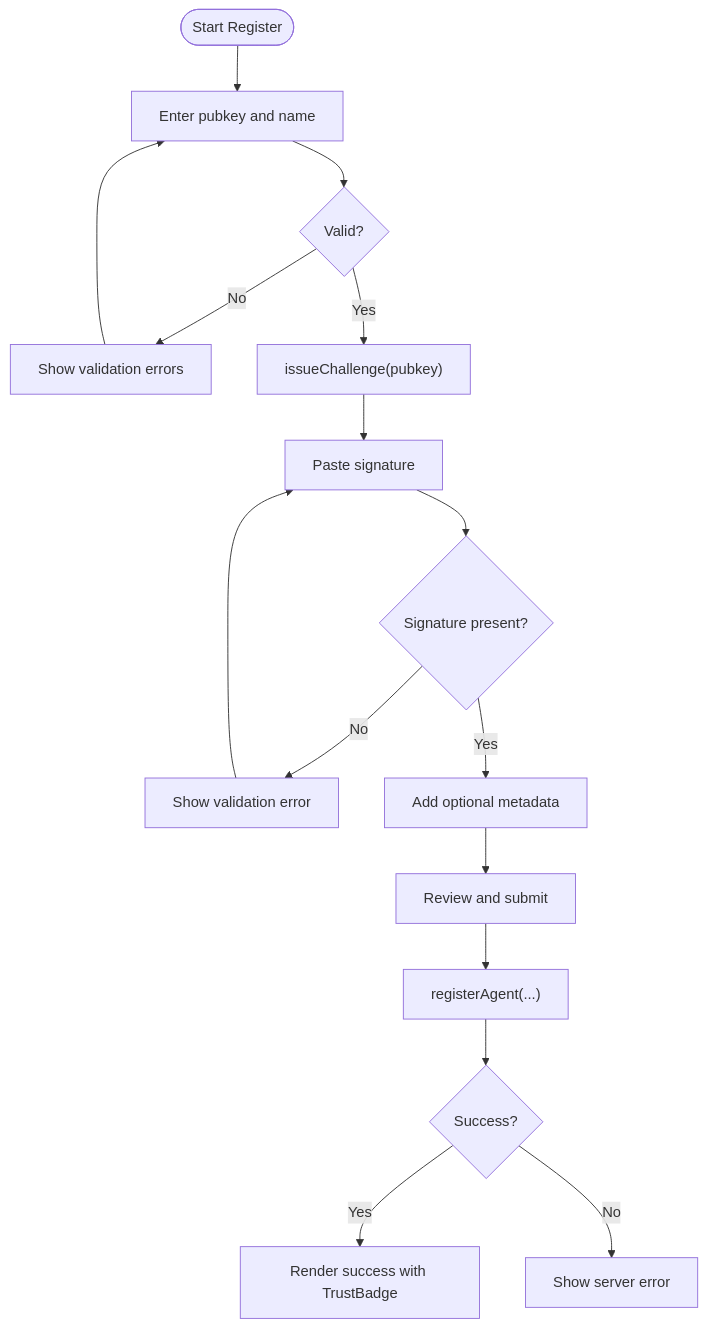
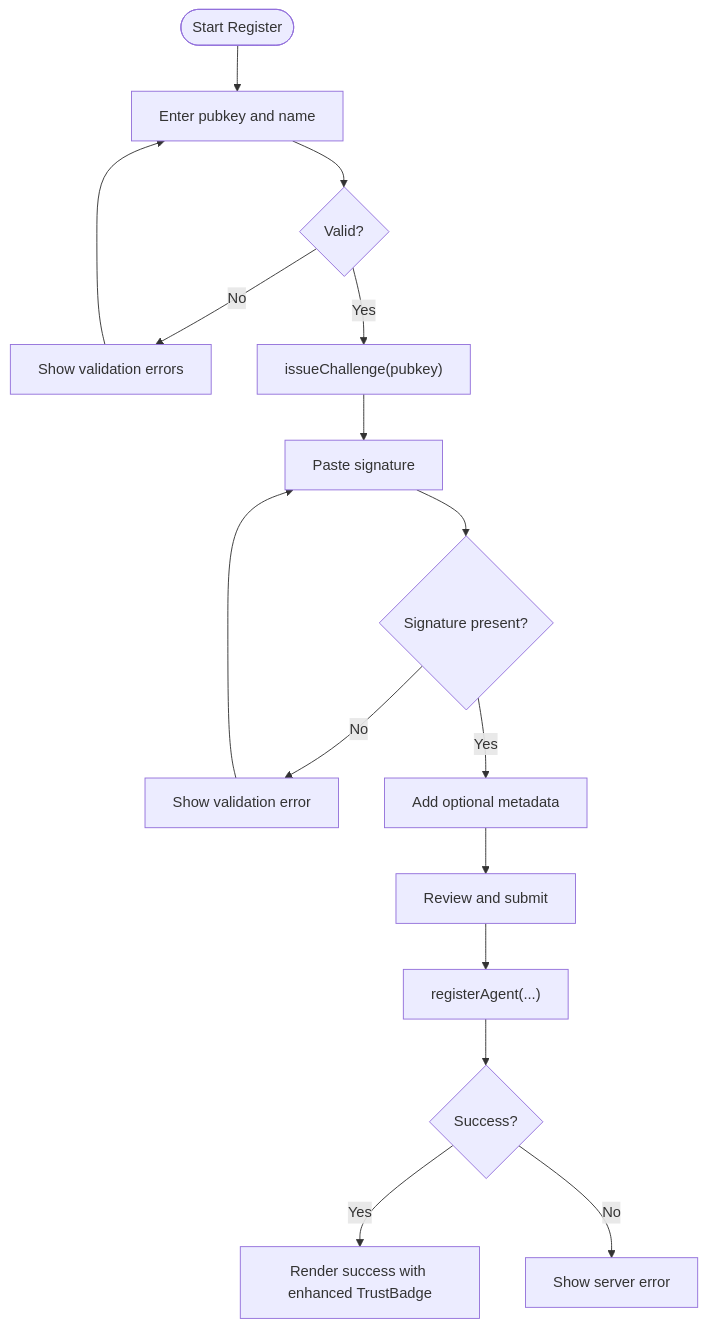
Before and after one commit to RunTimeAdmin/AgentID: the fifth of 8 diagrams in .qoder/repowiki/en/content/Frontend Application/Frontend Application.md, drawn with Mermaid. The commit also changed other lines of this file and 9 other files, not shown here.

````diff
--- a/.qoder/repowiki/en/content/Frontend Application/Frontend Application.md
+++ b/.qoder/repowiki/en/content/Frontend Application/Frontend Application.md
@@ -264,16 +288,16 @@
 ```mermaid
 flowchart TD
 Start(["Start Register"]) --> Step1["Enter pubkey and name"]
 Step1 --> Validate1{"Valid?"}
 Validate1 --> |No| ShowErr1["Show validation errors"] --> Step1
 Validate1 --> |Yes| Issue["issueChallenge(pubkey)"]
 Issue --> Step2["Paste signature"]
 Step2 --> Validate2{"Signature present?"}
 Validate2 --> |No| ShowErr2["Show validation error"] --> Step2
 Validate2 --> |Yes| Step3["Add optional metadata"]
 Step3 --> Step4["Review and submit"]
 Step4 --> Submit["registerAgent(...)"]
 Submit --> Success{"Success?"}
-Success --> |Yes| ShowSuccess["Render success with TrustBadge"]
+Success --> |Yes| ShowSuccess["Render success with enhanced TrustBadge"]
 Success --> |No| ShowServerErr["Show server error"]
 ```
````
